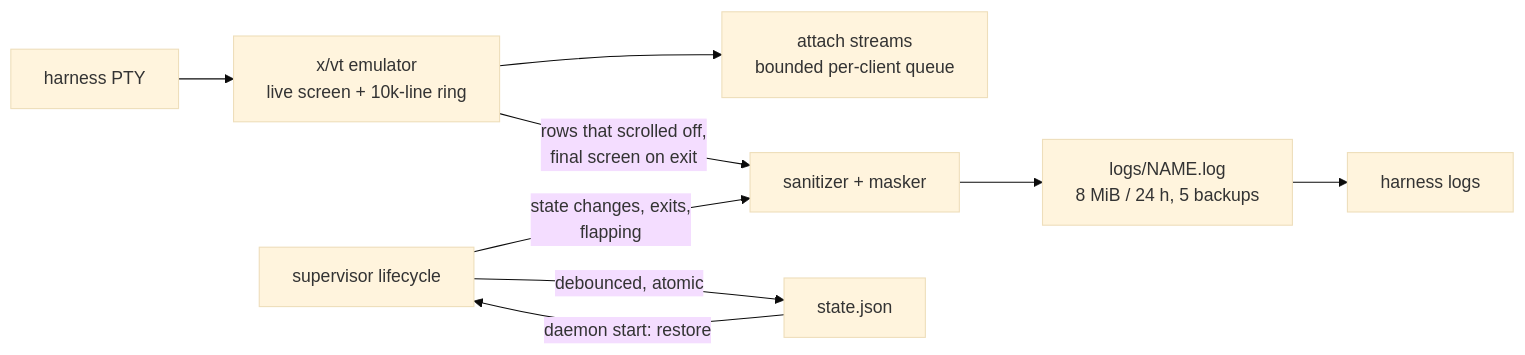
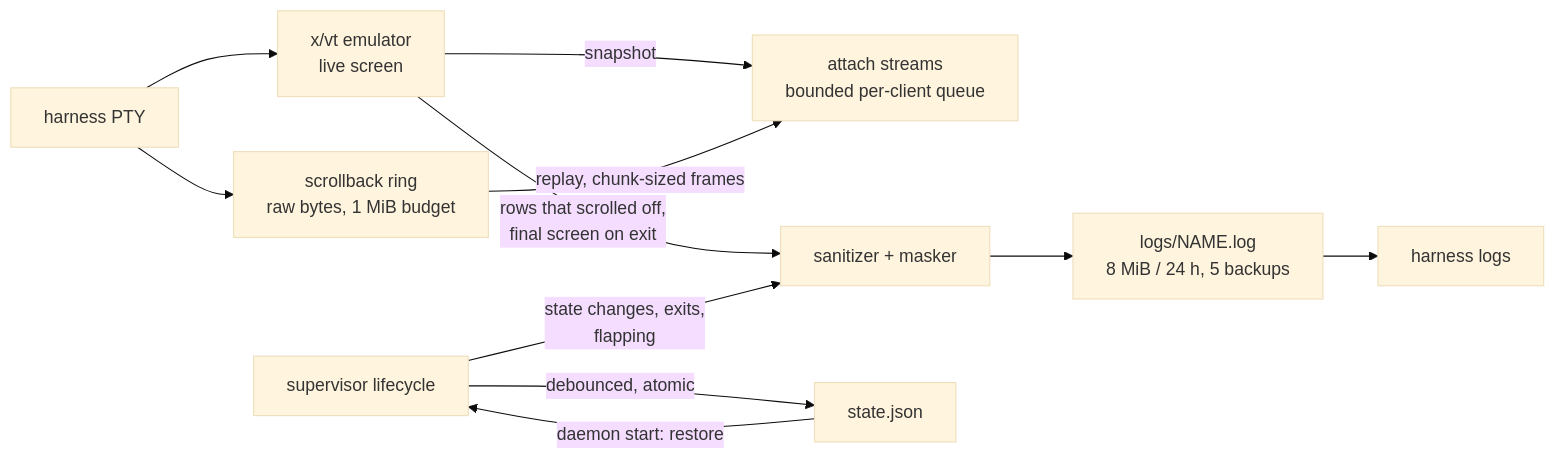
The diagram in docs/adrs/adr-0007-state-persistence-scrollback.md (jbrandstetter/harness), drawn with Mermaid (base theme) before and after one commit. The commit also changed other lines of this file and 2 other files, not shown here.

First line of the commit message:
docs: amend ADR-0007 and SPEC-0002 for the byte-bounded ring

````diff
--- a/docs/adrs/adr-0007-state-persistence-scrollback.md
+++ b/docs/adrs/adr-0007-state-persistence-scrollback.md
@@ -205,11 +237,13 @@
 ```mermaid
 flowchart LR
-    PTY["harness PTY"]:::agent --> EMU["x/vt emulator<br/>live screen + 10k-line ring"]:::daemon
-    EMU --> ATT["attach streams<br/>bounded per-client queue"]:::client
+    PTY["harness PTY"]:::agent --> EMU["x/vt emulator<br/>live screen"]:::daemon
+    PTY --> RING["scrollback ring<br/>raw bytes, 1 MiB budget"]:::daemon
+    EMU -->|"snapshot"| ATT["attach streams<br/>bounded per-client queue"]:::client
+    RING -->|"replay, chunk-sized frames"| ATT
     EMU -->|"rows that scrolled off,<br/>final screen on exit"| SAN["sanitizer + masker"]:::daemon
     SUP["supervisor lifecycle"]:::daemon -->|"state changes, exits,<br/>flapping"| SAN
     SAN --> LOG["logs/NAME.log<br/>8 MiB / 24 h, 5 backups"]:::store
     SUP -->|"debounced, atomic"| STATE["state.json"]:::store
     STATE -->|"daemon start: restore"| SUP
     LOG --> LOGS["harness logs"]:::client
 ```
````
